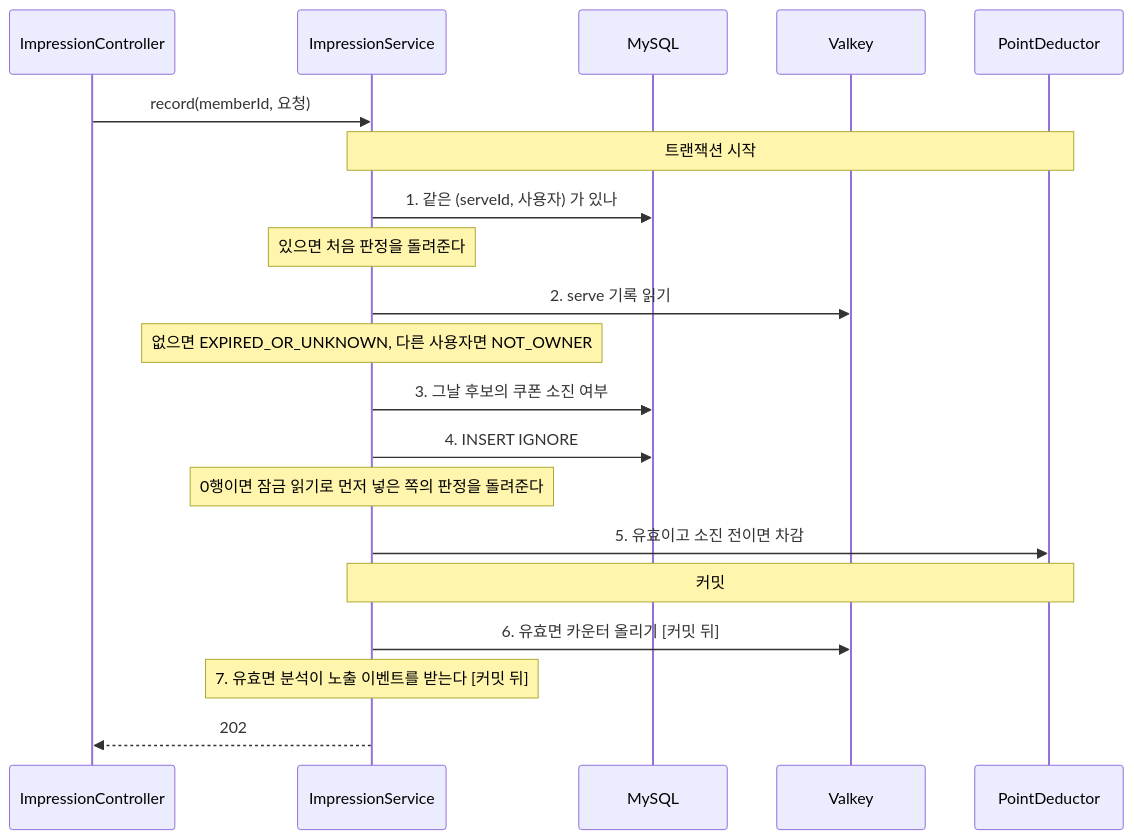
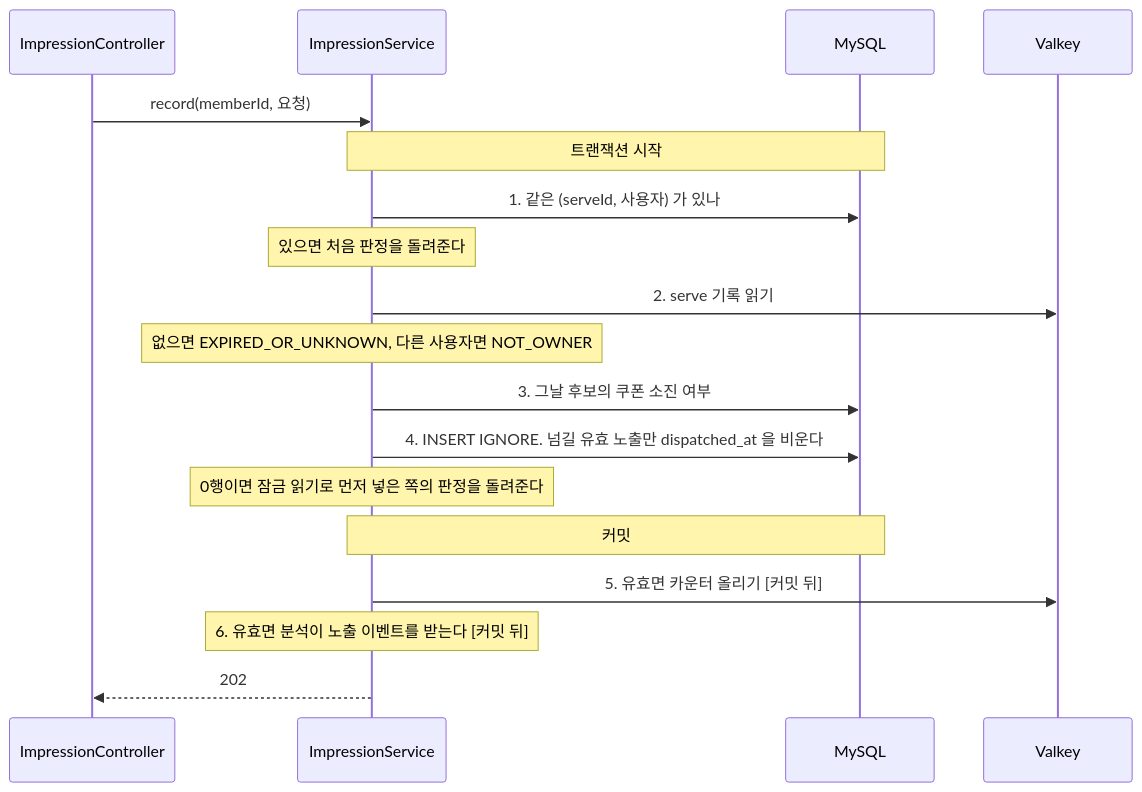
The third of 6 diagrams in docs/design/adserving/adserving_구조와_동작_설계.md (lunch-catch/lc-backend), drawn with Mermaid before and after one commit. The commit also changed other lines of this file and 21 other files, not shown here.

````diff
--- a/docs/design/adserving/adserving_구조와_동작_설계.md
+++ b/docs/design/adserving/adserving_구조와_동작_설계.md
@@ -478,22 +479,20 @@
 ```mermaid
 sequenceDiagram
     participant C as ImpressionController
     participant S as ImpressionService
     participant DB as MySQL
     participant V as Valkey
-    participant P as PointDeductor
     C->>S: record(memberId, 요청)
-    Note over S,P: 트랜잭션 시작
+    Note over S,DB: 트랜잭션 시작
     S->>DB: 1. 같은 (serveId, 사용자) 가 있나
     Note over S: 있으면 처음 판정을 돌려준다
     S->>V: 2. serve 기록 읽기
     Note over S: 없으면 EXPIRED_OR_UNKNOWN, 다른 사용자면 NOT_OWNER
     S->>DB: 3. 그날 후보의 쿠폰 소진 여부
-    S->>DB: 4. INSERT IGNORE
+    S->>DB: 4. INSERT IGNORE. 넘길 유효 노출만 dispatched_at 을 비운다
     Note over S: 0행이면 잠금 읽기로 먼저 넣은 쪽의 판정을 돌려준다
-    S->>P: 5. 유효이고 소진 전이면 차감
-    Note over S,P: 커밋
-    S->>V: 6. 유효면 카운터 올리기 [커밋 뒤]
-    Note over S: 7. 유효면 분석이 노출 이벤트를 받는다 [커밋 뒤]
+    Note over S,DB: 커밋
+    S->>V: 5. 유효면 카운터 올리기 [커밋 뒤]
+    Note over S: 6. 유효면 분석이 노출 이벤트를 받는다 [커밋 뒤]
     S-->>C: 202
 ```
````
